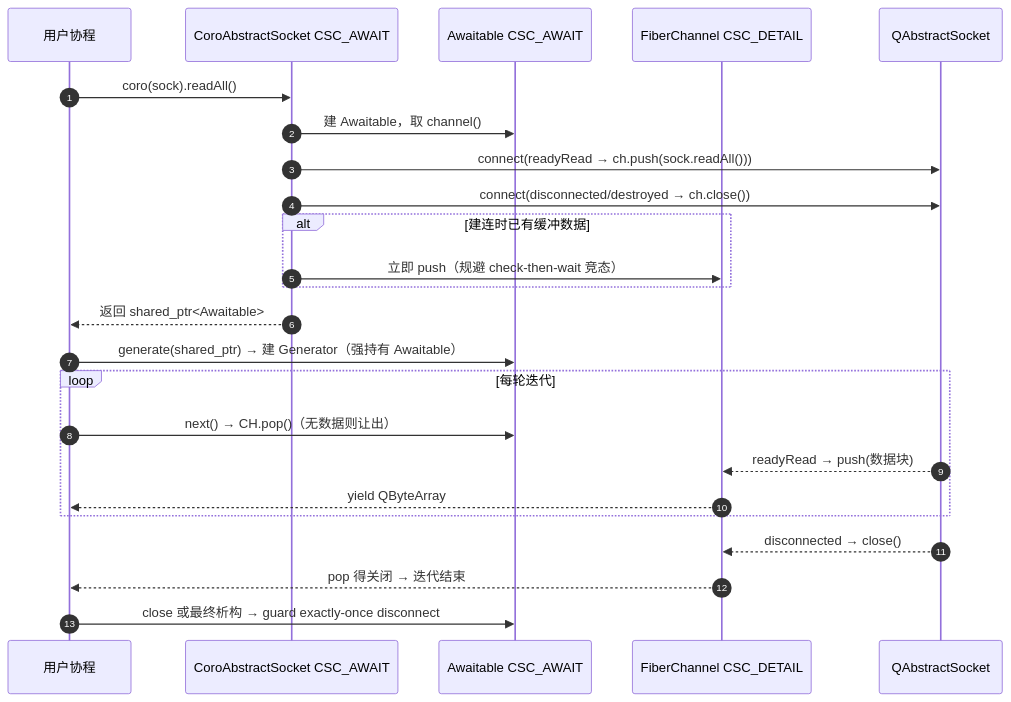
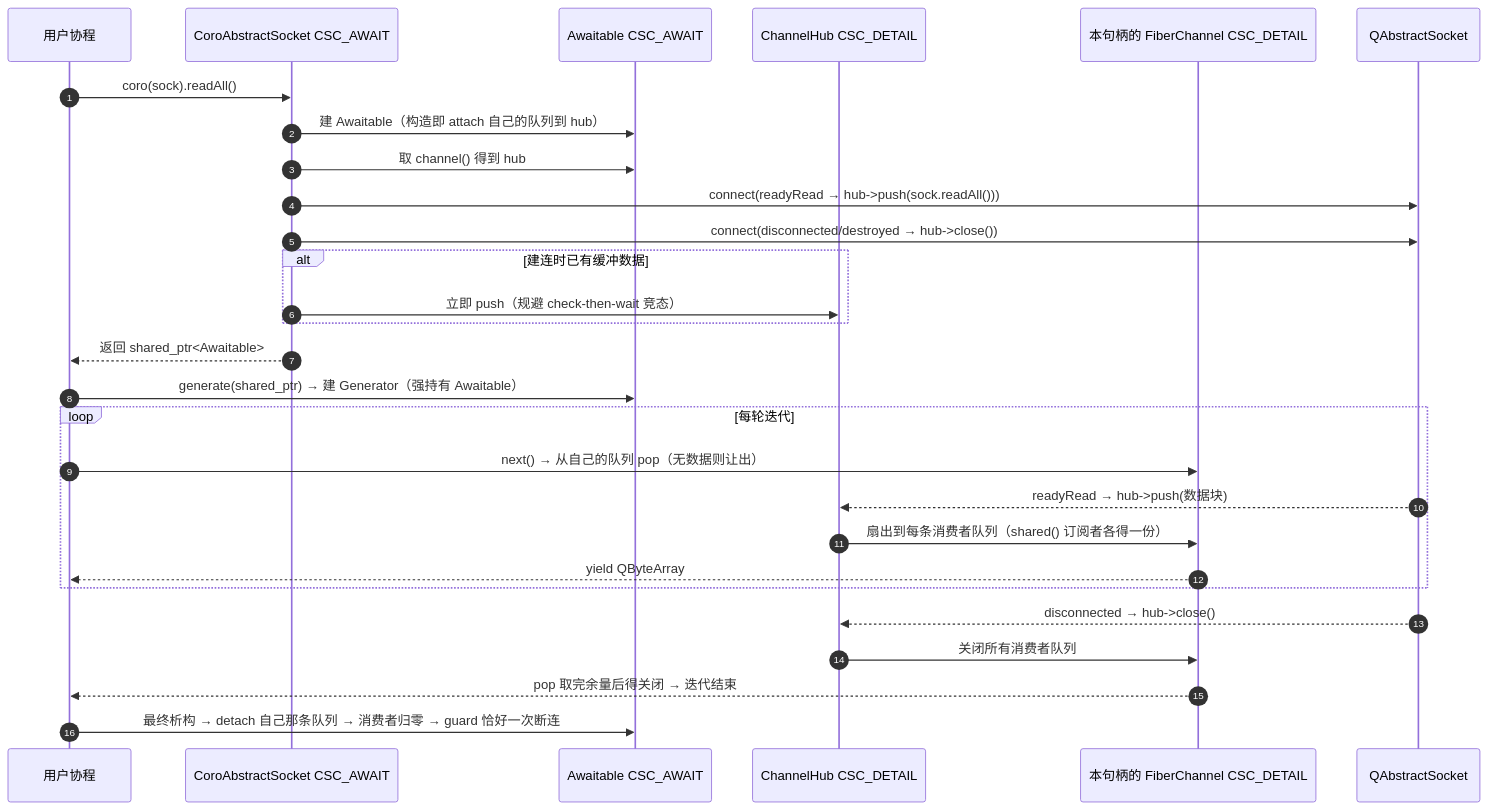
The diagram in doc/img/sdd-10-ms_socket_stream.mmd (Ste7an-cs/AsyncTask), drawn with Mermaid before and after one commit. The commit also changed 9 other files, not shown here.

First line of the commit message:
docs: 按 ChannelHub 与状态模式重画全部相关图表

```diff
--- a/doc/img/sdd-10-ms_socket_stream.mmd
+++ b/doc/img/sdd-10-ms_socket_stream.mmd
@@ -1,25 +1,31 @@
 sequenceDiagram
     autonumber
     participant U as 用户协程
     participant W as CoroAbstractSocket CSC_AWAIT
     participant A as Awaitable CSC_AWAIT
-    participant CH as FiberChannel CSC_DETAIL
+    participant H as ChannelHub CSC_DETAIL
+    participant Q as 本句柄的 FiberChannel CSC_DETAIL
     participant Sk as QAbstractSocket
 
     U->>W: coro(sock).readAll()
-    W->>A: 建 Awaitable，取 channel()
-    W->>Sk: connect(readyRead → ch.push(sock.readAll()))
-    W->>Sk: connect(disconnected/destroyed → ch.close())
+    W->>A: 建 Awaitable（构造即 attach 自己的队列到 hub）
+    W->>A: 取 channel() 得到 hub
+    W->>Sk: connect(readyRead → hub->push(sock.readAll()))
+    W->>Sk: connect(disconnected/destroyed → hub->close())
     alt 建连时已有缓冲数据
-        W->>CH: 立即 push（规避 check-then-wait 竞态）
+        W->>H: 立即 push（规避 check-then-wait 竞态）
     end
     W-->>U: 返回 shared_ptr<Awaitable>
     U->>A: generate(shared_ptr) → 建 Generator（强持有 Awaitable）
+
     loop 每轮迭代
-        U->>A: next() → CH.pop()（无数据则让出）
-        Sk-->>CH: readyRead → push(数据块)
-        CH-->>U: yield QByteArray
+        U->>Q: next() → 从自己的队列 pop（无数据则让出）
+        Sk-->>H: readyRead → hub->push(数据块)
+        H->>Q: 扇出到每条消费者队列（shared() 订阅者各得一份）
+        Q-->>U: yield QByteArray
     end
-    Sk-->>CH: disconnected → close()
-    CH-->>U: pop 得关闭 → 迭代结束
-    U->>A: close 或最终析构 → guard exactly-once disconnect
+
+    Sk-->>H: disconnected → hub->close()
+    H->>Q: 关闭所有消费者队列
+    Q-->>U: pop 取完余量后得关闭 → 迭代结束
+    U->>A: 最终析构 → detach 自己那条队列 → 消费者归零 → guard 恰好一次断连
```
